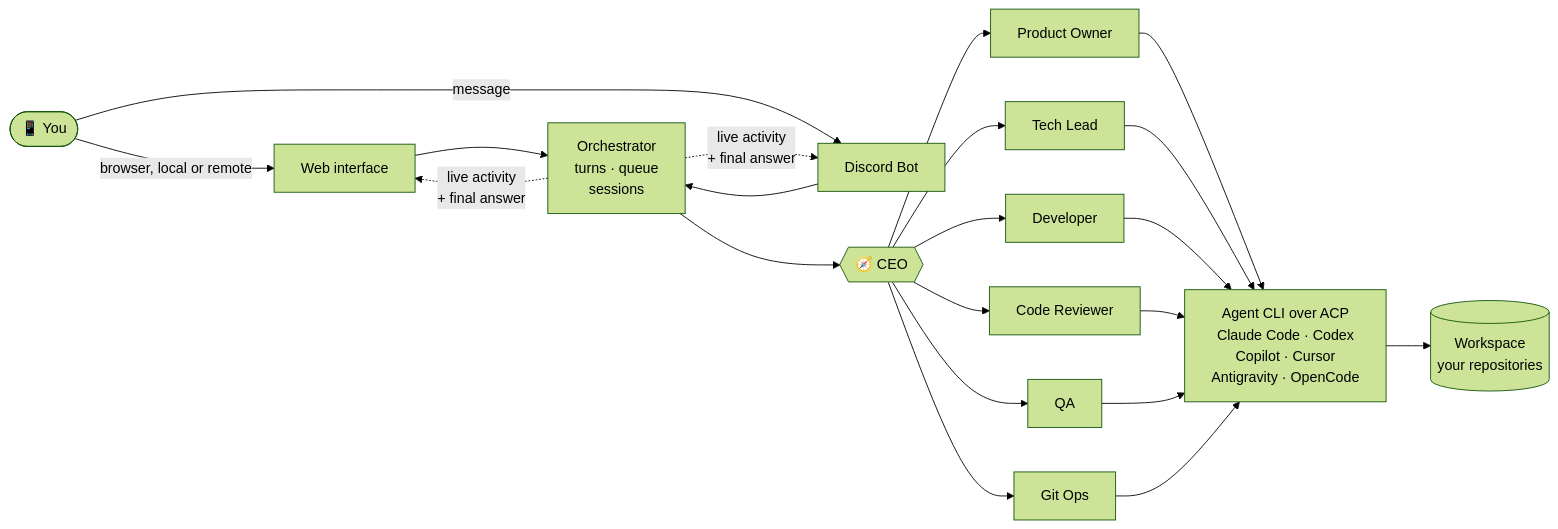
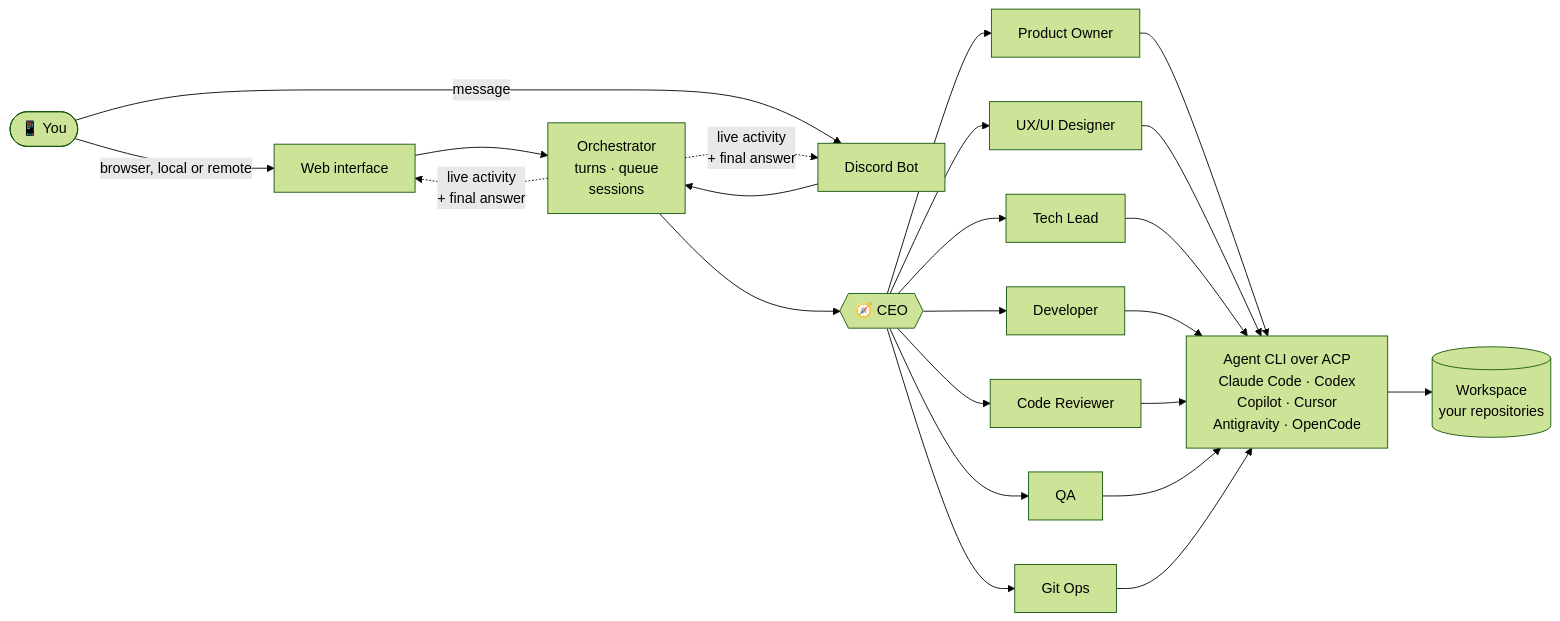
One commit to douglasjunior/agent-remote-control changed the first of 2 diagrams in README.md. Above: the diagram before and after it, drawn with Mermaid (forest theme). The commit also changed other lines of this file and 593 other files, not shown here.

````diff
--- a/README.md
+++ b/README.md
@@ -206,17 +209,18 @@
 ```mermaid
 flowchart LR
     U(["📱 You"]) -->|browser, local or remote| W["Web interface"]
     U -->|message| D["Discord Bot"]
     W --> O["Orchestrator<br/>turns · queue<br/>sessions"]
     D --> O
     O --> CEO{{"🧭 CEO"}}
     CEO --> PO["Product Owner"]
+    CEO --> UX["UX/UI Designer"]
     CEO --> TL["Tech Lead"]
     CEO --> DEV["Developer"]
     CEO --> CR["Code Reviewer"]
     CEO --> QA["QA"]
     CEO --> GIT["Git Ops"]
-    PO & TL & DEV & CR & QA & GIT --> CLI["Agent CLI over ACP<br/>Claude Code · Codex<br/>Copilot · Cursor<br/>Antigravity · OpenCode"]
+    PO & UX & TL & DEV & CR & QA & GIT --> CLI["Agent CLI over ACP<br/>Claude Code · Codex<br/>Copilot · Cursor<br/>Antigravity · OpenCode"]
     CLI --> WS[("Workspace<br/>your repositories")]
     O -.->|live activity<br/>+ final answer| W & D
 ```
````
